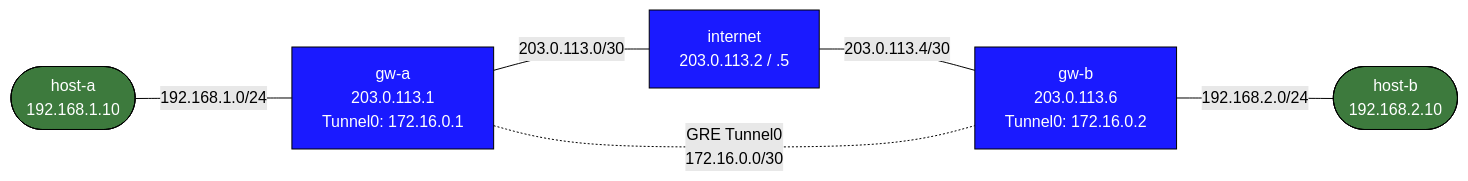
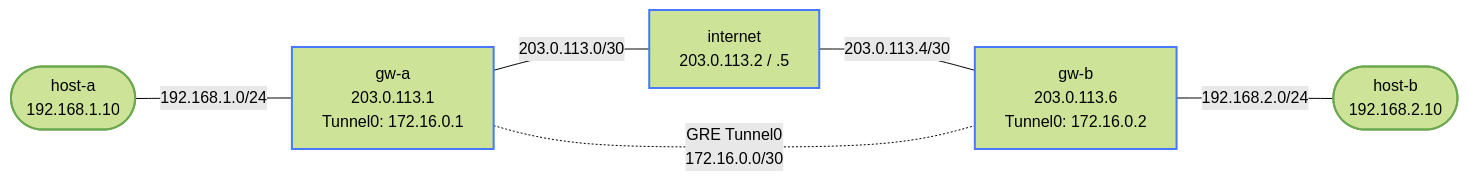
One commit to jschless/networkingLabs changed the diagram in labs/debug-gre-basics/README.md. Above: the diagram before and after it, drawn with Mermaid (forest theme). The commit also changed 250 other files, not shown here.

Commit message:
Fix unreadable topology diagrams, convert ASCII art, publish assessments (#57)

````diff
--- a/labs/debug-gre-basics/README.md
+++ b/labs/debug-gre-basics/README.md
@@ -16,20 +16,20 @@
 ```mermaid
 flowchart LR
-    ha(["host-a\n192.168.1.10"])
-    gwa["gw-a\n203.0.113.1\nTunnel0: 172.16.0.1"]
-    inet["internet\n203.0.113.2 / .5"]
-    gwb["gw-b\n203.0.113.6\nTunnel0: 172.16.0.2"]
-    hb(["host-b\n192.168.2.10"])
+    ha(["host-a<br/>192.168.1.10"])
+    gwa["gw-a<br/>203.0.113.1<br/>Tunnel0: 172.16.0.1"]
+    inet["internet<br/>203.0.113.2 / .5"]
+    gwb["gw-b<br/>203.0.113.6<br/>Tunnel0: 172.16.0.2"]
+    hb(["host-b<br/>192.168.2.10"])
 
     ha -- "192.168.1.0/24" --- gwa
     gwa -- "203.0.113.0/30" --- inet
     inet -- "203.0.113.4/30" --- gwb
     gwb -- "192.168.2.0/24" --- hb
 
-    gwa -. "GRE Tunnel0\n172.16.0.0/30" .- gwb
+    gwa -. "GRE Tunnel0<br/>172.16.0.0/30" .- gwb
 
-    classDef router fill:#1a1aff,color:#fff,stroke:#000
-    classDef host   fill:#3d7a3d,color:#fff,stroke:#000
+    classDef router stroke:#4778ff,stroke-width:2px
+    classDef host stroke:#6aa84f,stroke-width:2px
     class gwa,gwb,inet router
     class ha,hb host
 ```
````
